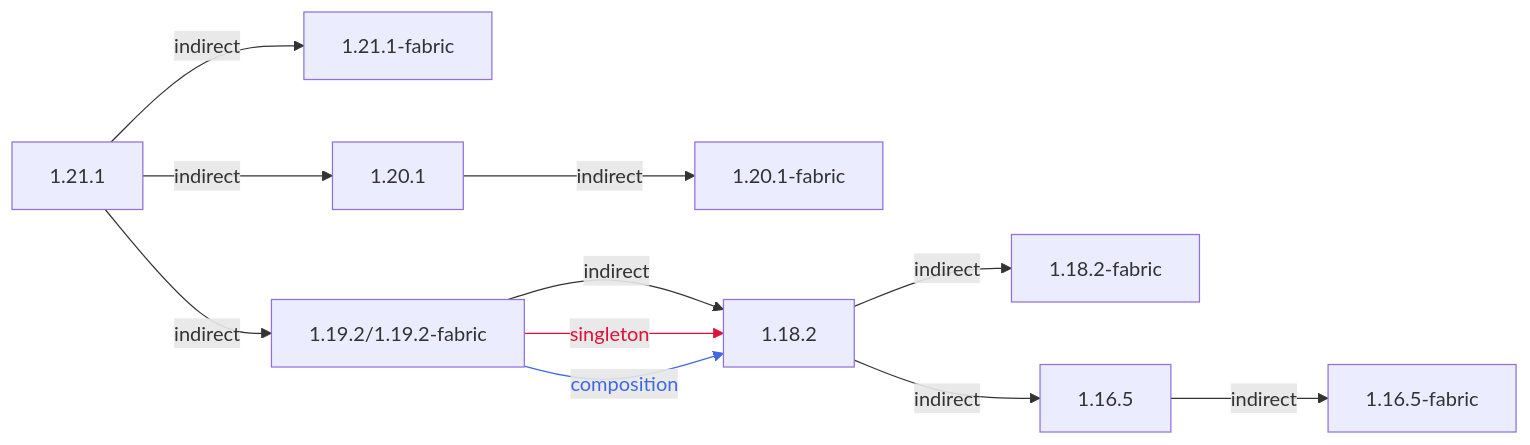
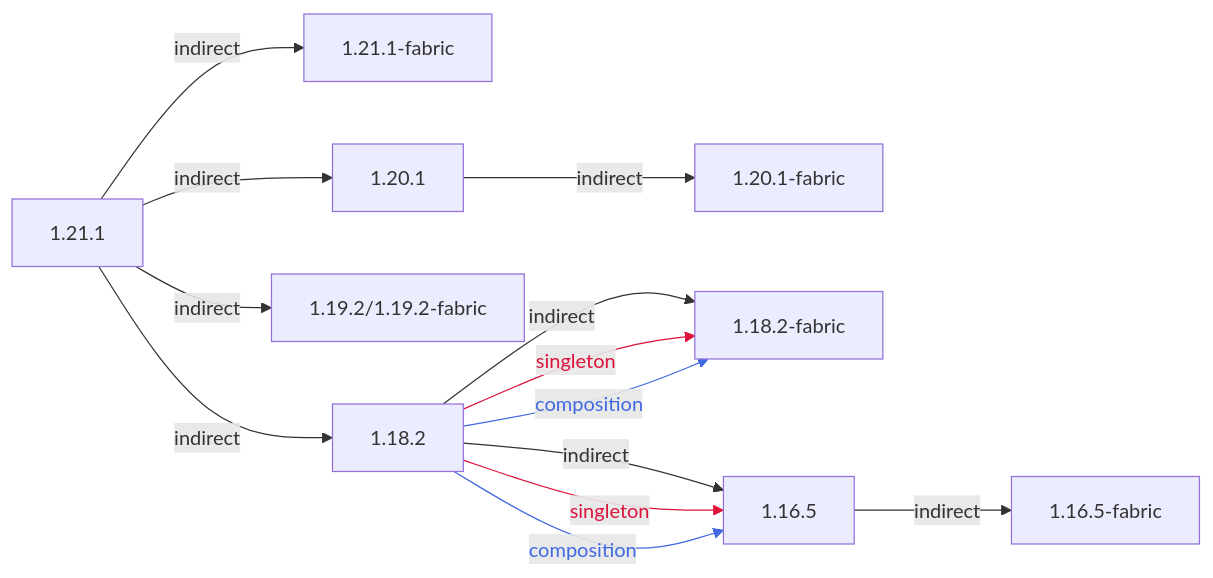
The diagram in projects/1.21/assets/macaws-bridges/mcwbridges/README.md (CFPAOrg/Minecraft-Mod-Language-Package), drawn with Mermaid before and after one commit. The commit also changed other lines of this file and 25 other files, not shown here.

````diff
--- a/projects/1.21/assets/macaws-bridges/mcwbridges/README.md
+++ b/projects/1.21/assets/macaws-bridges/mcwbridges/README.md
@@ -3,12 +3,13 @@
 ```mermaid
 flowchart LR
     1.21.1 -->|indirect| 1.21.1-fabric
     1.20.1 -->|indirect| 1.20.1-fabric
-    1.21.1 -->|indirect| 1.19.2/1.19.2-fabric -->|indirect| 1.18.2 -->|indirect| 1.18.2-fabric
-    1.19.2/1.19.2-fabric -->|singleton| 1.18.2
-    1.19.2/1.19.2-fabric -->|composition| 1.18.2
-    1.18.2 -->|indirect| 1.16.5 -->|indirect| 1.16.5-fabric
+    1.21.1 -->|indirect| 1.19.2/1.19.2-fabric & 1.18.2
+    1.18.2 -->|indirect| 1.18.2-fabric & 1.16.5
+    1.18.2 -->|singleton| 1.18.2-fabric & 1.16.5
+    1.18.2 -->|composition| 1.18.2-fabric & 1.16.5
+    1.16.5 -->|indirect| 1.16.5-fabric
     1.21.1 -->|indirect| 1.20.1
-    linkStyle 5 color:crimson,stroke:crimson
-    linkStyle 6 color:royalblue,stroke:royalblue
+    linkStyle 6,7 color:crimson,stroke:crimson
+    linkStyle 8,9 color:royalblue,stroke:royalblue
 ```
````
